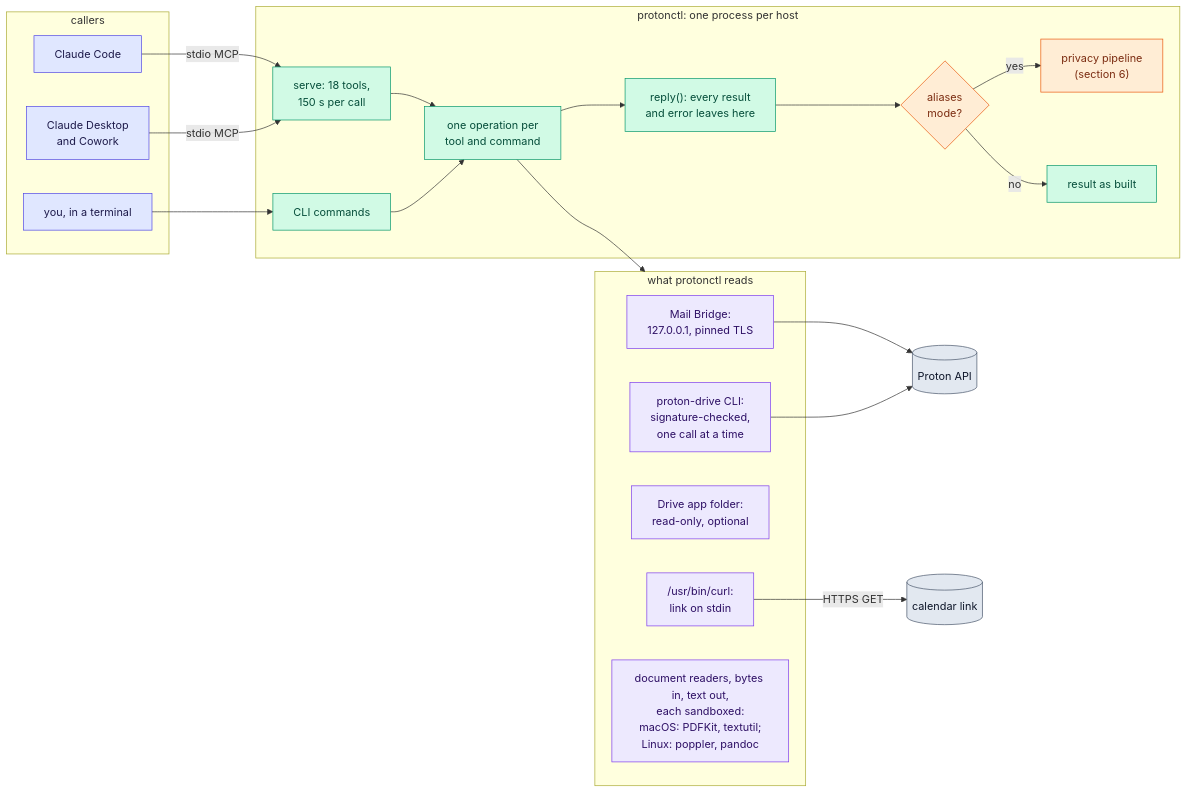
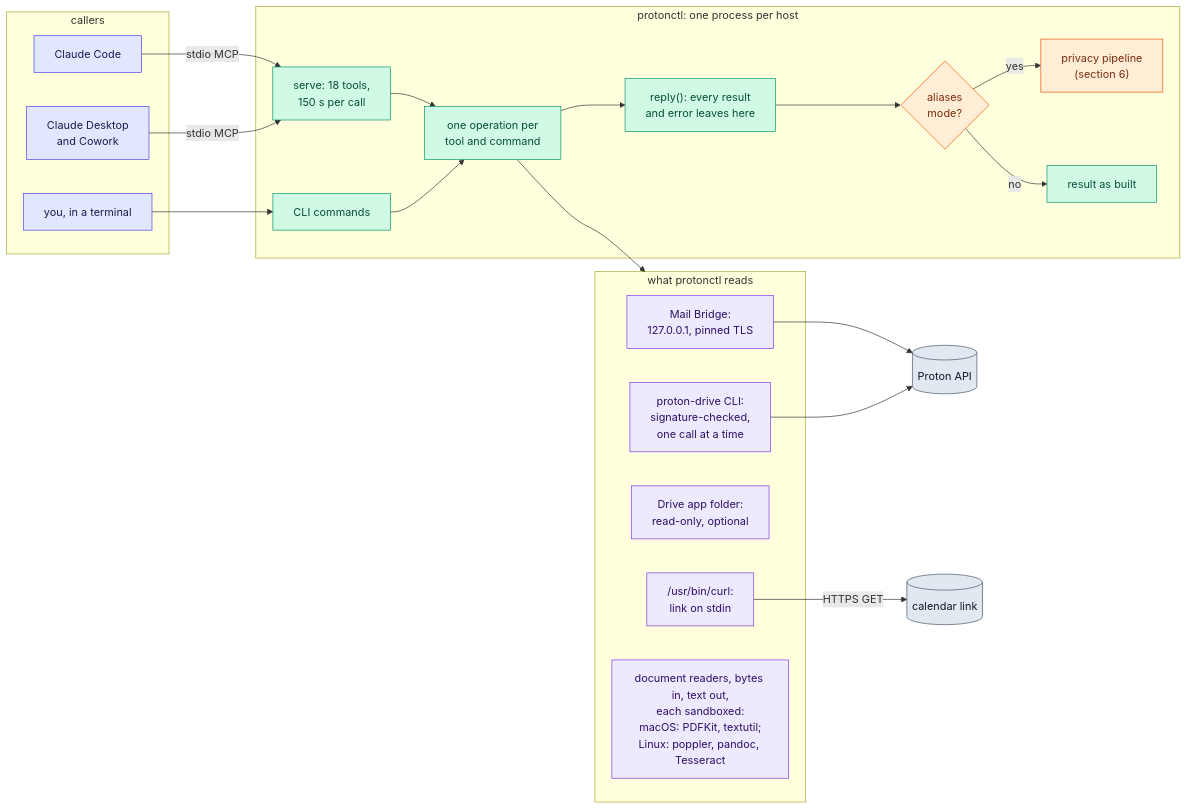
One commit to matt-w-horn/protonctl changed the first of 5 diagrams in docs/rfc-0001/04-design.md. Above: the diagram before and after it, drawn with Mermaid. The commit also changed other lines of this file and 22 other files, not shown here.

````diff
--- a/docs/rfc-0001/04-design.md
+++ b/docs/rfc-0001/04-design.md
@@ -7,47 +7,47 @@
 ```mermaid
 flowchart LR
     subgraph callers["callers"]
         CC["Claude Code"]
         CD["Claude Desktop<br/>and Cowork"]
         U["you, in a terminal"]
     end
     subgraph proc["protonctl: one process per host"]
         S["serve: 18 tools,<br/>150 s per call"]
         CMD["CLI commands"]
         OPS["one operation per<br/>tool and command"]
         R["reply(): every result<br/>and error leaves here"]
         PP{"aliases<br/>mode?"}
         PIPE["privacy pipeline<br/>(section 6)"]
         OUT["result as built"]
         S --> OPS
         CMD --> OPS
         OPS --> R --> PP
         PP -->|yes| PIPE
         PP -->|no| OUT
     end
     subgraph reads["what protonctl reads"]
         B["Mail Bridge:<br/>127.0.0.1, pinned TLS"]
         CLI["proton-drive CLI:<br/>signature-checked,<br/>one call at a time"]
         DF["Drive app folder:<br/>read-only, optional"]
         CURL["/usr/bin/curl:<br/>link on stdin"]
-        CONV["document readers, bytes in, text out,<br/>each sandboxed:<br/>macOS: PDFKit, textutil;<br/>Linux: poppler, pandoc"]
+        CONV["document readers, bytes in, text out,<br/>each sandboxed:<br/>macOS: PDFKit, textutil;<br/>Linux: poppler, pandoc, Tesseract"]
     end
     CC -->|"stdio MCP"| S
     CD -->|"stdio MCP"| S
     U --> CMD
     OPS --> reads
     B --> API[("Proton API")]
     CLI --> API
     CURL -->|"HTTPS GET"| LINK[("calendar link")]
 
     classDef host fill:#E0E7FF,stroke:#4F46E5,color:#1E1B4B
     classDef core fill:#D1FAE5,stroke:#059669,color:#064E3B
     classDef priv fill:#FFEDD5,stroke:#EA580C,color:#7C2D12
     classDef prot fill:#EDE9FE,stroke:#7C3AED,color:#2E1065
     classDef ext fill:#E2E8F0,stroke:#475569,color:#0F172A
     class CC,CD,U host
     class S,CMD,OPS,R,OUT core
     class PP,PIPE priv
     class B,CLI,DF,CURL,CONV prot
     class API,LINK ext
 ```
````
